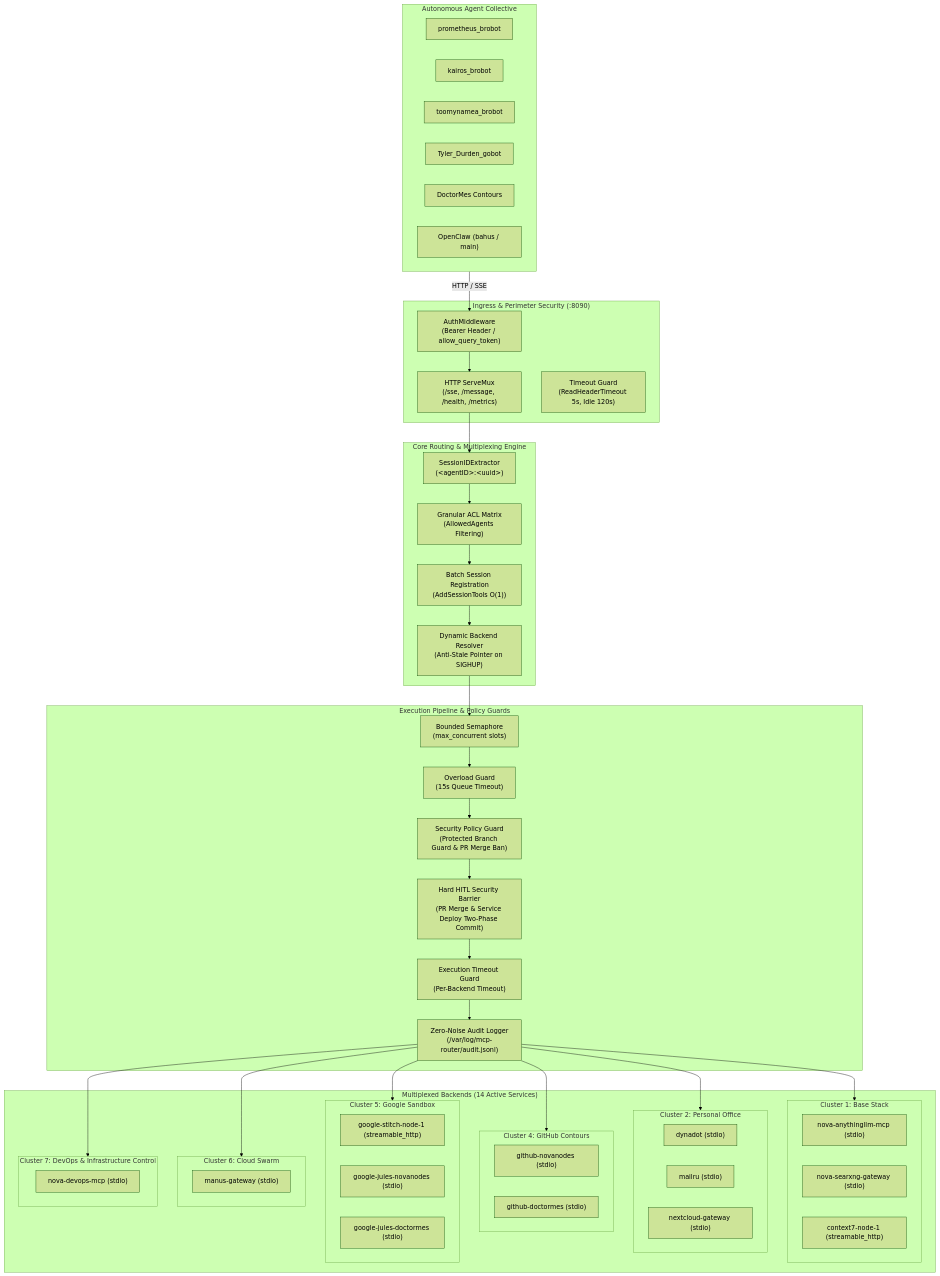
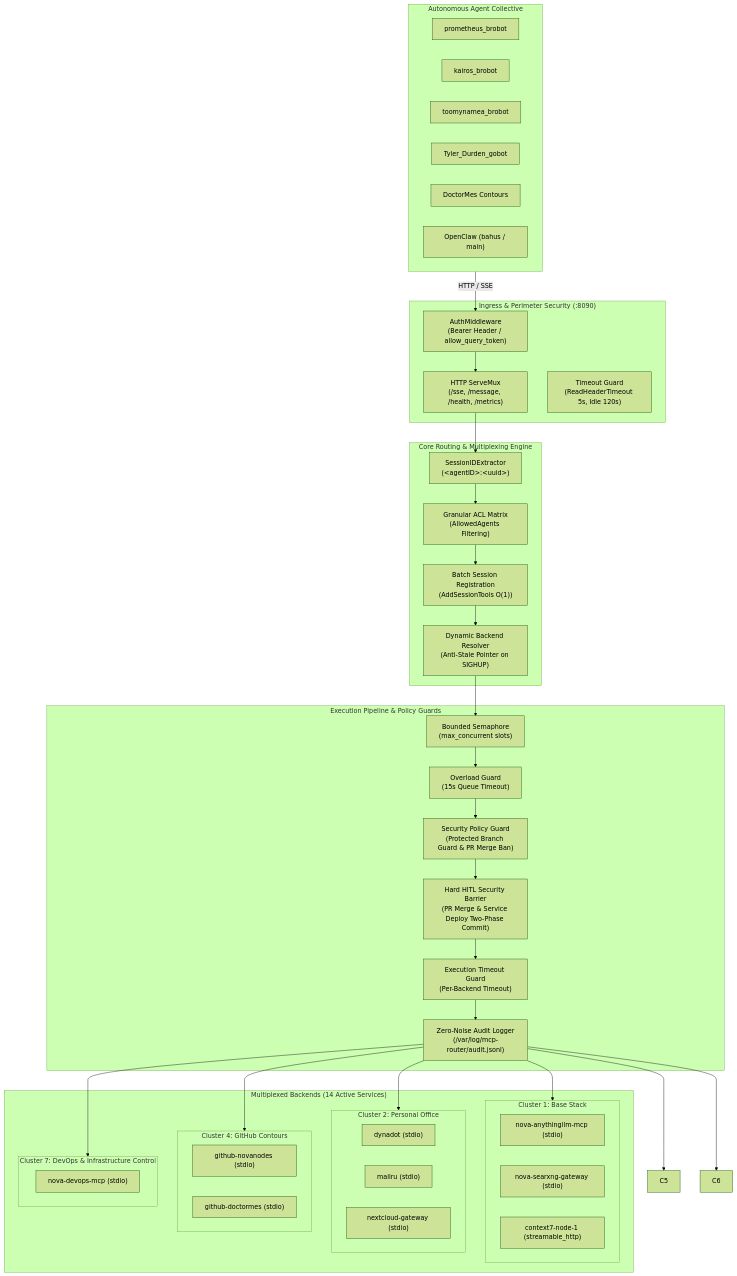
One commit to TheNovaNodes/mcp-router changed the diagram in ARCHITECTURE.md. Above: the diagram before and after it, drawn with Mermaid (forest theme). The commit also changed 3 other files, not shown here.

Commit message:
feat(acl): decommission Manus, Jules, and Stitch MCP backends

````diff
--- a/ARCHITECTURE.md
+++ b/ARCHITECTURE.md
@@ -9,75 +9,67 @@
 ```mermaid
 flowchart TD
     subgraph Agents["Autonomous Agent Collective"]
         A1["prometheus_brobot"]
         A2["kairos_brobot"]
         A3["toomynamea_brobot"]
         A4["Tyler_Durden_gobot"]
         A5["DoctorMes Contours"]
         A6["OpenClaw (bahus / main)"]
     end
 
     subgraph Ingress["Ingress & Perimeter Security (:8090)"]
         AUTH["AuthMiddleware<br/>(Bearer Header / allow_query_token)"]
         ROUTER["HTTP ServeMux<br/>(/sse, /message, /health, /metrics)"]
         DOS["Timeout Guard<br/>(ReadHeaderTimeout 5s, Idle 120s)"]
     end
 
     subgraph Engine["Core Routing & Multiplexing Engine"]
         EXTRACT["SessionIDExtractor<br/>(&lt;agentID&gt;:&lt;uuid&gt;)"]
         ACL["Granular ACL Matrix<br/>(AllowedAgents Filtering)"]
         BATCH["Batch Session Registration<br/>(AddSessionTools O(1))"]
         DYNAMIC["Dynamic Backend Resolver<br/>(Anti-Stale Pointer on SIGHUP)"]
     end
 
     subgraph Guards["Execution Pipeline & Policy Guards"]
         SEM["Bounded Semaphore<br/>(max_concurrent slots)"]
         OVERLOAD["Overload Guard<br/>(15s Queue Timeout)"]
         BRANCH_GUARD["Security Policy Guard<br/>(Protected Branch Guard & PR Merge Ban)"]
         HITL_GUARD["Hard HITL Security Barrier<br/>(PR Merge & Service Deploy Two-Phase Commit)"]
         TIMEOUT["Execution Timeout Guard<br/>(Per-Backend Timeout)"]
         AUDIT["Zero-Noise Audit Logger<br/>(/var/log/mcp-router/audit.jsonl)"]
     end
 
     subgraph Backends["Multiplexed Backends (14 Active Services)"]
         subgraph C1["Cluster 1: Base Stack"]
             B_ALM["nova-anythingllm-mcp (stdio)"]
             B_SEARX["nova-searxng-gateway (stdio)"]
             B_CTX7["context7-node-1 (streamable_http)"]
         end
         subgraph C2["Cluster 2: Personal Office"]
             B_DYNA["dynadot (stdio)"]
             B_MAIL["mailru (stdio)"]
             B_NC_GW["nextcloud-gateway (stdio)"]
         end
         subgraph C4["Cluster 4: GitHub Contours"]
             B_GH_NOVA["github-novanodes (stdio)"]
             B_GH_DOC["github-doctormes (stdio)"]
         end
-        subgraph C5["Cluster 5: Google Sandbox"]
-            B_STITCH["google-stitch-node-1 (streamable_http)"]
-            B_JULES_NOVA["google-jules-novanodes (stdio)"]
-            B_JULES_DOC["google-jules-doctormes (stdio)"]
-        end
-        subgraph C6["Cluster 6: Cloud Swarm"]
-            B_MANUS["manus-gateway (stdio)"]
-        end
         subgraph C7["Cluster 7: DevOps & Infrastructure Control"]
             B_DEVOPS["nova-devops-mcp (stdio)"]
         end
     end
 
     Agents -->|HTTP / SSE| AUTH
     AUTH --> ROUTER
     ROUTER --> EXTRACT
     EXTRACT --> ACL
     ACL --> BATCH
     BATCH --> DYNAMIC
     DYNAMIC --> SEM
     SEM --> OVERLOAD
     OVERLOAD --> BRANCH_GUARD
     BRANCH_GUARD --> HITL_GUARD
     HITL_GUARD --> TIMEOUT
     TIMEOUT --> AUDIT
     AUDIT --> C1 & C2 & C4 & C5 & C6 & C7
 ```
````
